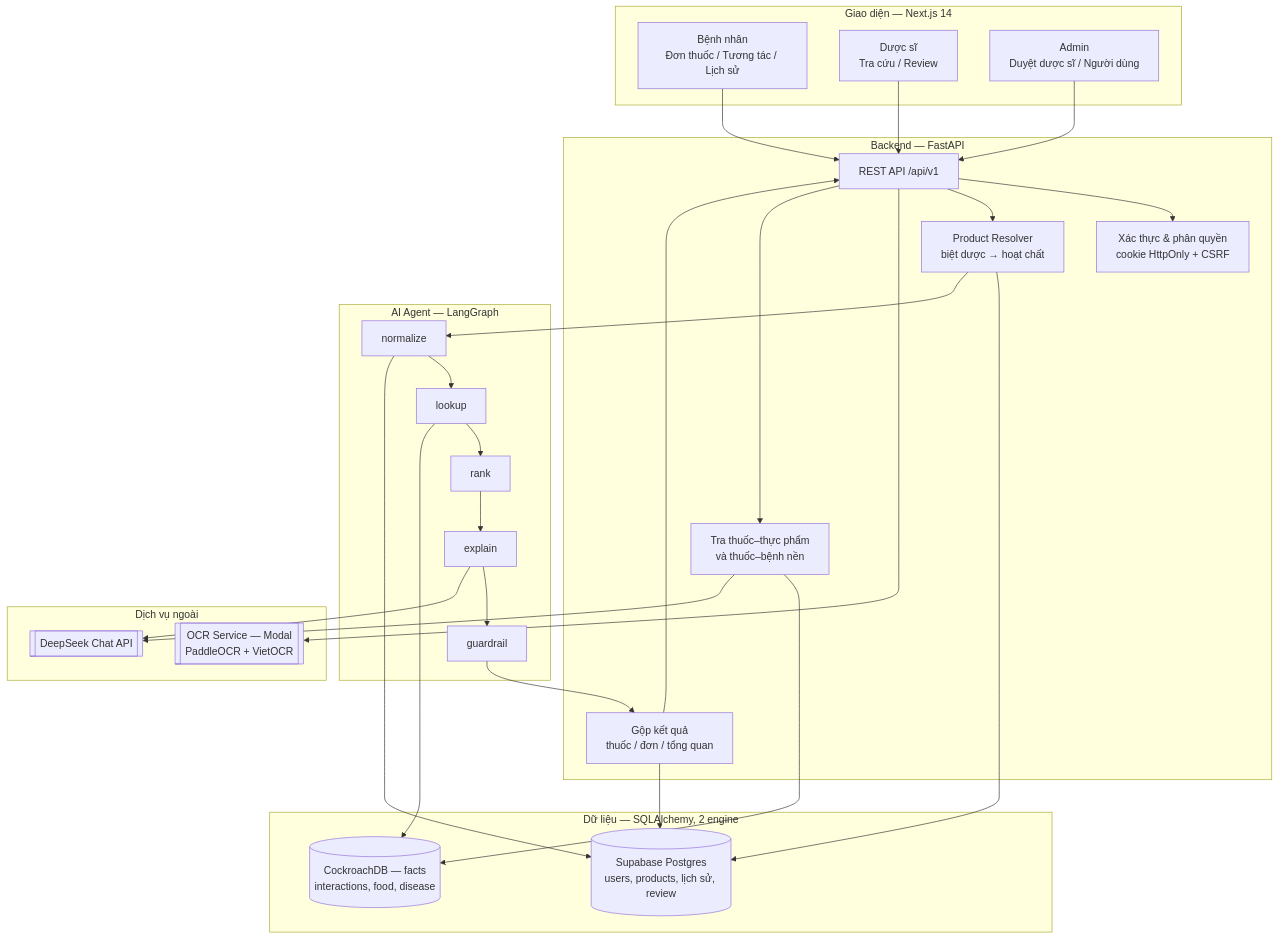
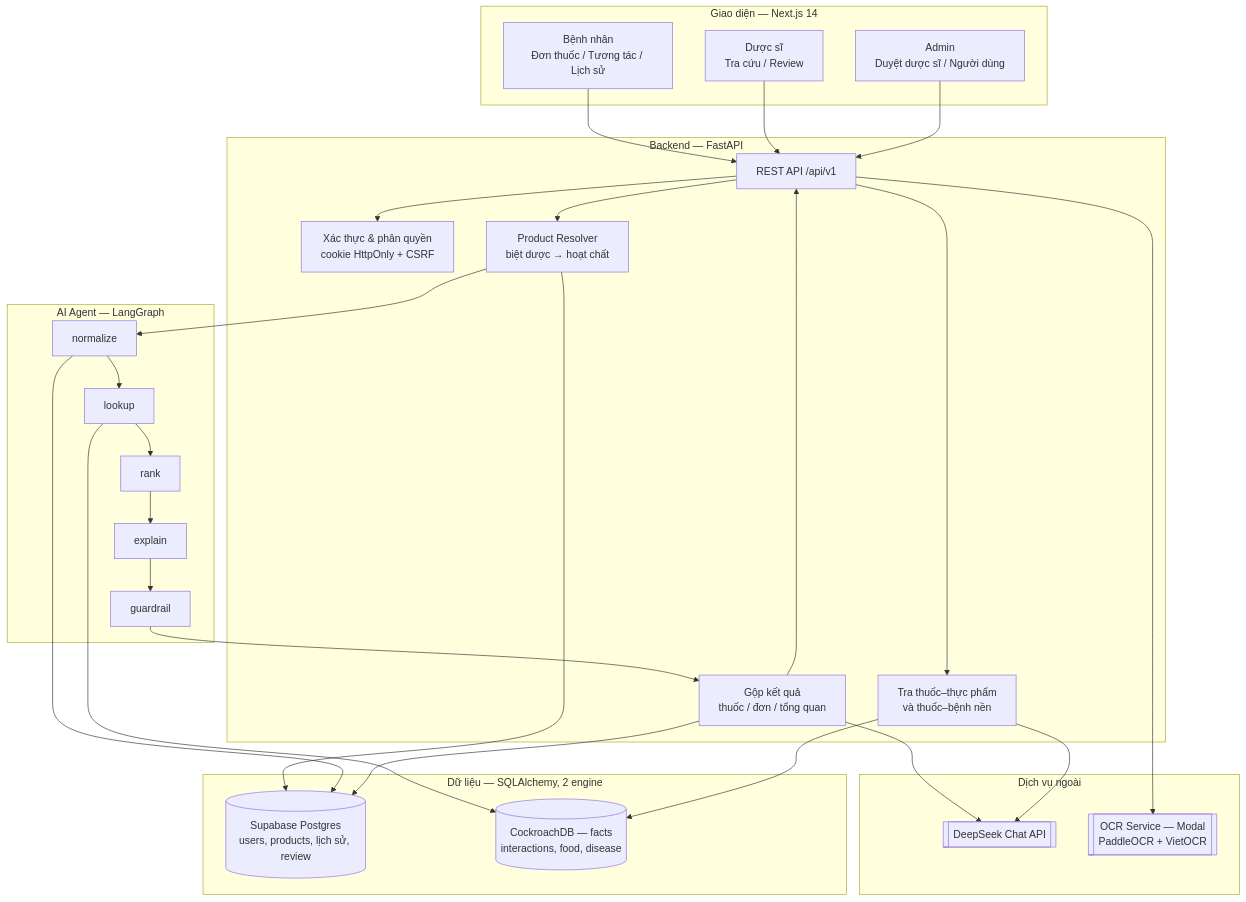
Before and after one commit to HoangToan-nobi/AI-assisted-medication-use: the first of 3 diagrams in docs/architecture.md, drawn with Mermaid. The commit also changed other lines of this file and 1 other file, not shown here.

First line of the commit message:
docs: sua mo ta sai - agent 5 node khong goi LLM

````diff
--- a/docs/architecture.md
+++ b/docs/architecture.md
@@ -17,48 +21,48 @@
 ```mermaid
 flowchart TB
     subgraph CLIENT["Giao diện — Next.js 14"]
         PATIENT["Bệnh nhân<br/>Đơn thuốc / Tương tác / Lịch sử"]
         PHARMA["Dược sĩ<br/>Tra cứu / Review"]
         ADMIN["Admin<br/>Duyệt dược sĩ / Người dùng"]
     end
 
     subgraph BACKEND["Backend — FastAPI"]
         API["REST API /api/v1"]
         AUTH["Xác thực & phân quyền<br/>cookie HttpOnly + CSRF"]
         RESOLVER["Product Resolver<br/>biệt dược → hoạt chất"]
         FOODDIS["Tra thuốc–thực phẩm<br/>và thuốc–bệnh nền"]
         ROLLUP["Gộp kết quả<br/>thuốc / đơn / tổng quan"]
     end
 
     subgraph AGENT["AI Agent — LangGraph"]
         NORM["normalize"] --> LOOK["lookup"] --> RANK["rank"] --> EXP["explain"] --> GUARD["guardrail"]
     end
 
     subgraph DATA["Dữ liệu — SQLAlchemy, 2 engine"]
         MAIN[("Supabase Postgres<br/>users, products, lịch sử, review")]
         FACTS[("CockroachDB — facts<br/>interactions, food, disease")]
     end
 
     subgraph EXT["Dịch vụ ngoài"]
         LLM[["DeepSeek Chat API"]]
         OCR[["OCR Service — Modal<br/>PaddleOCR + VietOCR"]]
     end
 
     PATIENT --> API
     PHARMA --> API
     ADMIN --> API
     API --> AUTH
     API --> RESOLVER
     API --> OCR
     API --> FOODDIS
     RESOLVER --> MAIN
     RESOLVER --> NORM
     NORM --> MAIN
     LOOK --> FACTS
-    EXP --> LLM
+    ROLLUP --> LLM
     FOODDIS --> FACTS
     FOODDIS --> LLM
     GUARD --> ROLLUP
     ROLLUP --> MAIN
     ROLLUP --> API
 ```
````
